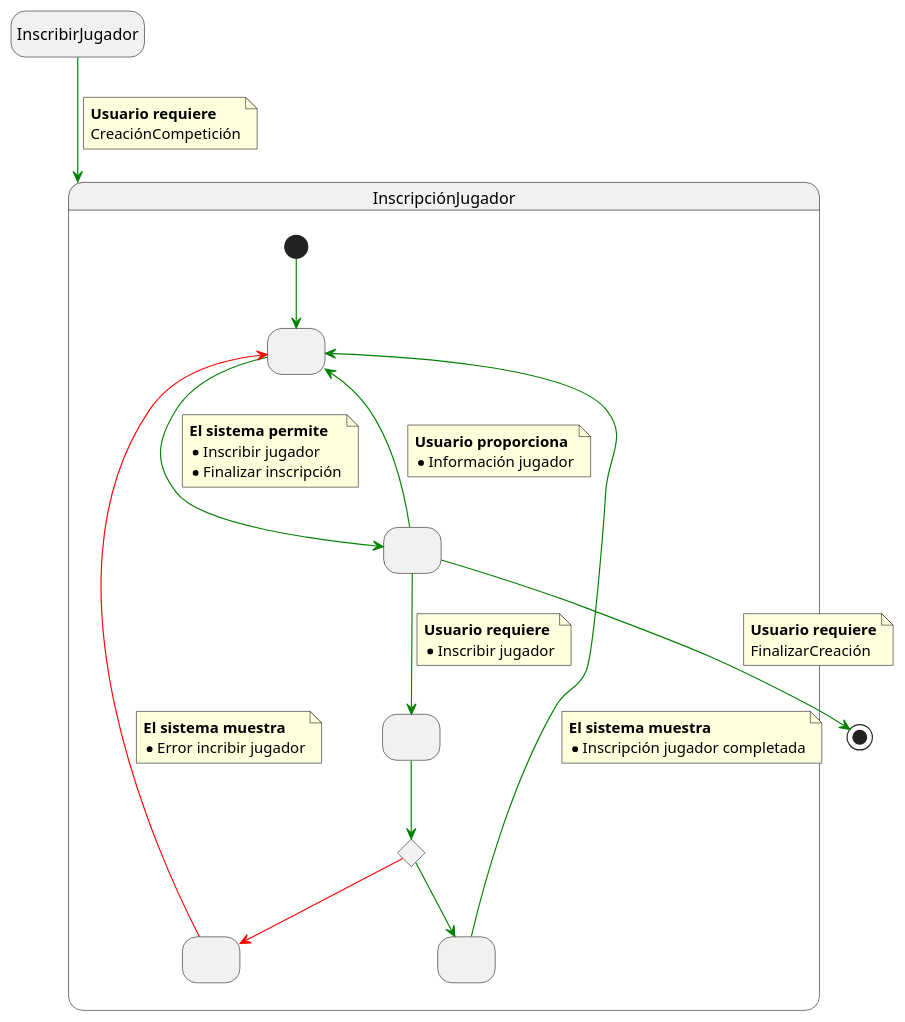
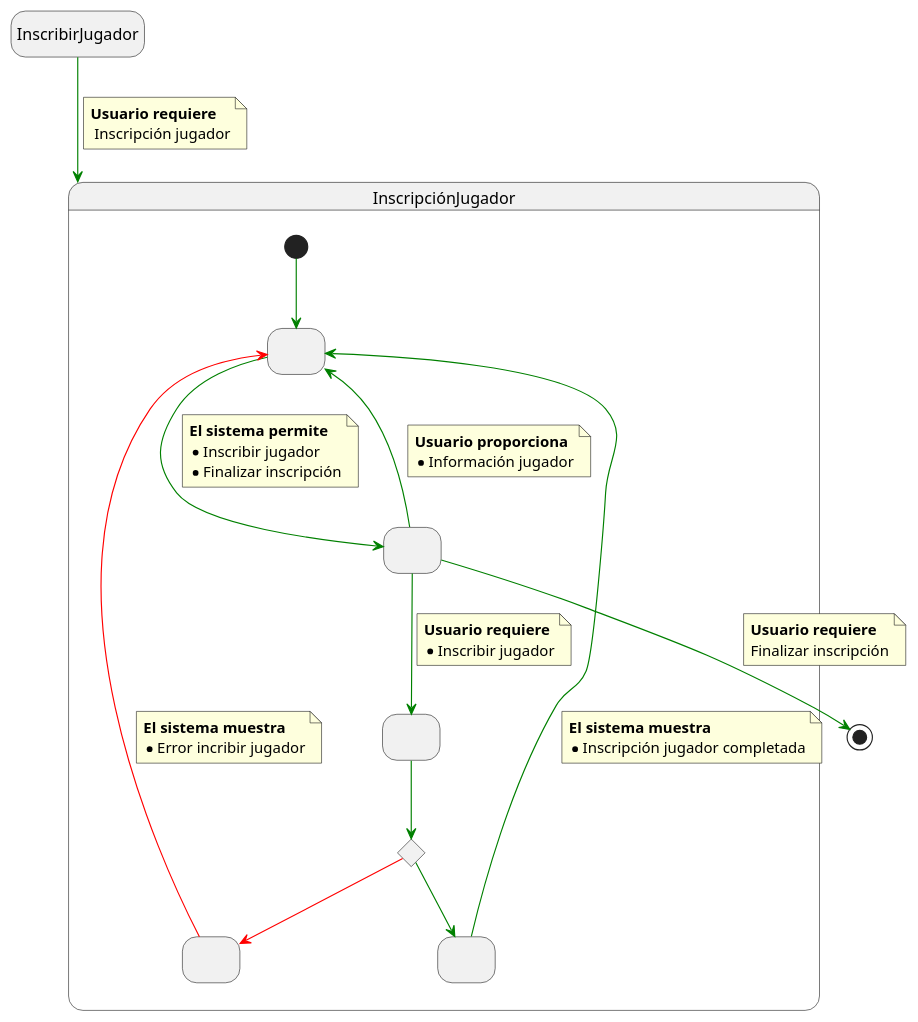
The diagram in actividades/002-appFutbol/RuizJavier/CasosDeUsoDetallados/Códigos/InscribirJugador.puml (mmasias/IdSw1-22-23), drawn with PlantUML before and after one commit.

```diff
--- a/actividades/002-appFutbol/RuizJavier/CasosDeUsoDetallados/Códigos/InscribirJugador.puml
+++ b/actividades/002-appFutbol/RuizJavier/CasosDeUsoDetallados/Códigos/InscribirJugador.puml
@@ -1,79 +1,79 @@
 @startuml 
 
 hide empty description
 
 State InscribirJugador
 
 State InscripciónJugador{ 
 
   State state1 as " "
   State state2 as " "
   State state3 as " "
   State state4 as " "
   State state5 as " "
 
 
   state c <<choice>>
 
   [*] -[#green]-> state1
 
   state1-[#green]-> state2
 
   note on link 
     <b>El sistema permite
     * Inscribir jugador
     * Finalizar inscripción
   end note
 
   state2 -[#green]-> state1
  
   note on link 
     <b>Usuario proporciona
     * Información jugador
   end note
 
   state2 -[#green]-> state3
   
   note on link 
     <b>Usuario requiere
     * Inscribir jugador
   end note
 
   state3 -[#green]-> c
 
   c -[#green]-> state4
 
   state4 -[#green]-> state1
   
   note on link 
     <b>El sistema muestra
     * Inscripción jugador completada
   end note
 
   c-[#red]-> state5
 
   state5 -l[#red]-> state1
 
   note on link 
     <b>El sistema muestra
     * Error incribir jugador
   end note
 
 
 } 
 
 InscribirJugador-[#green]-> InscripciónJugador
 
 note on link
  <b>Usuario requiere
- CreaciónCompetición
+  Inscripción jugador
 end note
 
 state2 -[#green]-> [*] 
 
 note on link
  <b>Usuario requiere
- FinalizarCreación
+ Finalizar inscripción
 end note
 
 @enduml
```
